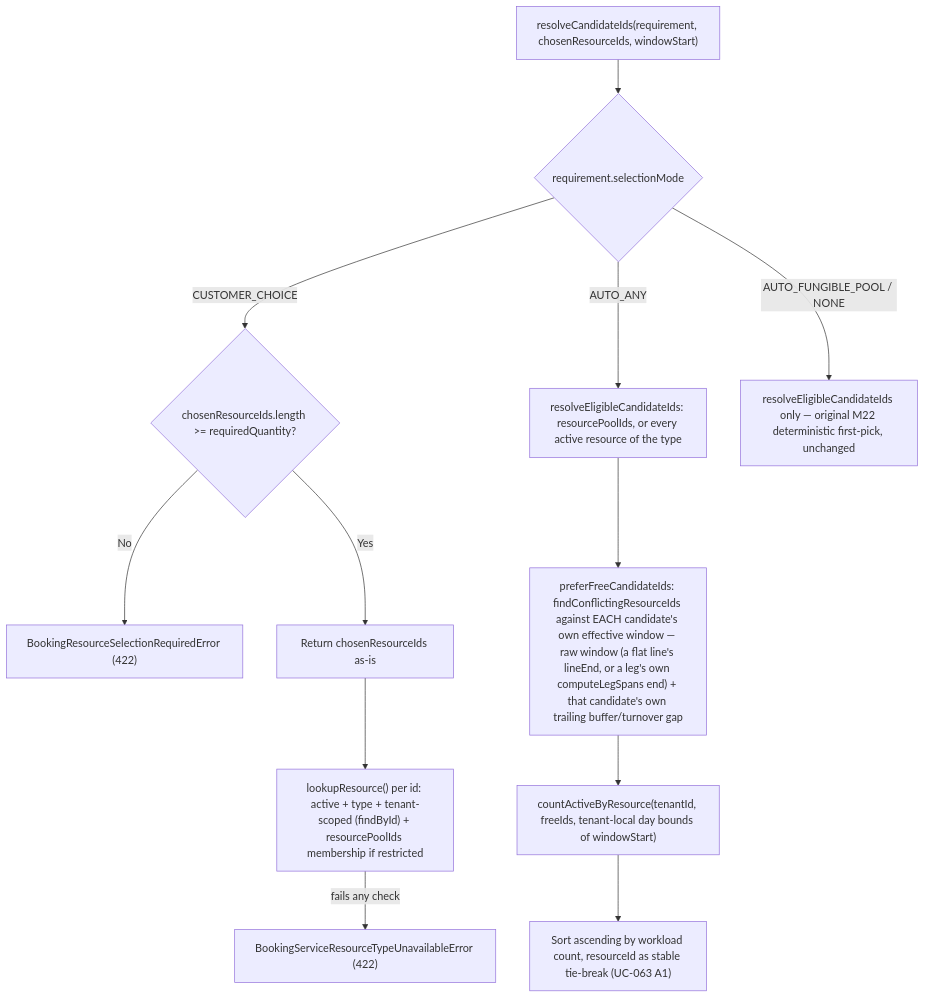
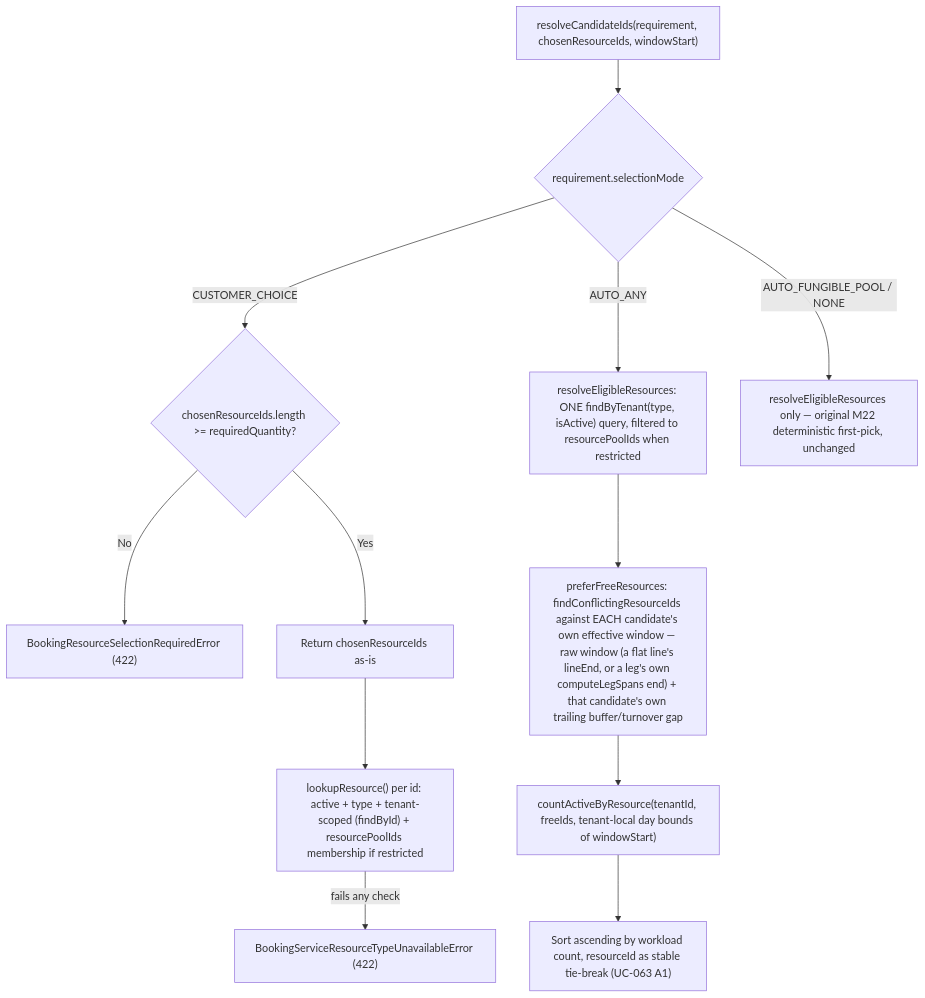
Before and after one commit to lmmoreira/ikaro: the second of 3 diagrams in docs/27-BUSINESS_LOGIC_REFERENCE.md, drawn with Mermaid. The commit also changed other lines of this file and 15 other files, not shown here.

````diff
--- a/docs/27-BUSINESS_LOGIC_REFERENCE.md
+++ b/docs/27-BUSINESS_LOGIC_REFERENCE.md
@@ -74,16 +74,16 @@
 ```mermaid
 flowchart TD
   A["resolveCandidateIds(requirement, chosenResourceIds, windowStart)"] --> B{"requirement.selectionMode"}
   B -->|CUSTOMER_CHOICE| C{"chosenResourceIds.length >= requiredQuantity?"}
   C -->|No| D["BookingResourceSelectionRequiredError (422)"]
   C -->|Yes| E["Return chosenResourceIds as-is"]
   E --> F["lookupResource() per id: active + type + tenant-scoped (findById) + resourcePoolIds membership if restricted"]
   F -->|fails any check| G["BookingServiceResourceTypeUnavailableError (422)"]
 
-  B -->|AUTO_ANY| H["resolveEligibleCandidateIds: resourcePoolIds, or every active resource of the type"]
-  H --> H2["preferFreeCandidateIds: findConflictingResourceIds against EACH candidate's own effective window — raw window (a flat line's lineEnd, or a leg's own computeLegSpans end) + that candidate's own trailing buffer/turnover gap"]
+  B -->|AUTO_ANY| H["resolveEligibleResources: ONE findByTenant(type, isActive) query, filtered to resourcePoolIds when restricted"]
+  H --> H2["preferFreeResources: findConflictingResourceIds against EACH candidate's own effective window — raw window (a flat line's lineEnd, or a leg's own computeLegSpans end) + that candidate's own trailing buffer/turnover gap"]
   H2 --> I["countActiveByResource(tenantId, freeIds, tenant-local day bounds of windowStart)"]
   I --> J["Sort ascending by workload count, resourceId as stable tie-break (UC-063 A1)"]
 
-  B -->|AUTO_FUNGIBLE_POOL / NONE| K["resolveEligibleCandidateIds only — original M22 deterministic first-pick, unchanged"]
+  B -->|AUTO_FUNGIBLE_POOL / NONE| K["resolveEligibleResources only — original M22 deterministic first-pick, unchanged"]
 ```
````
